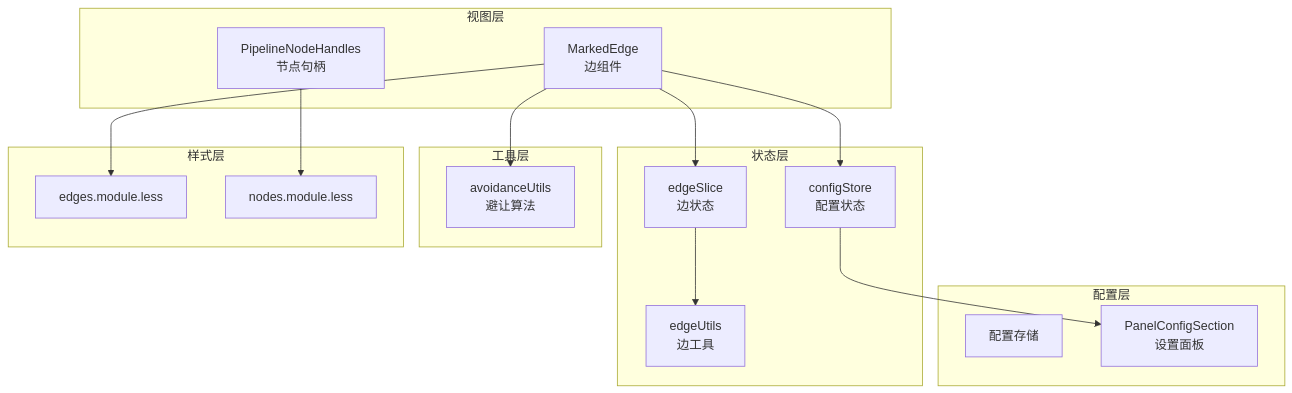
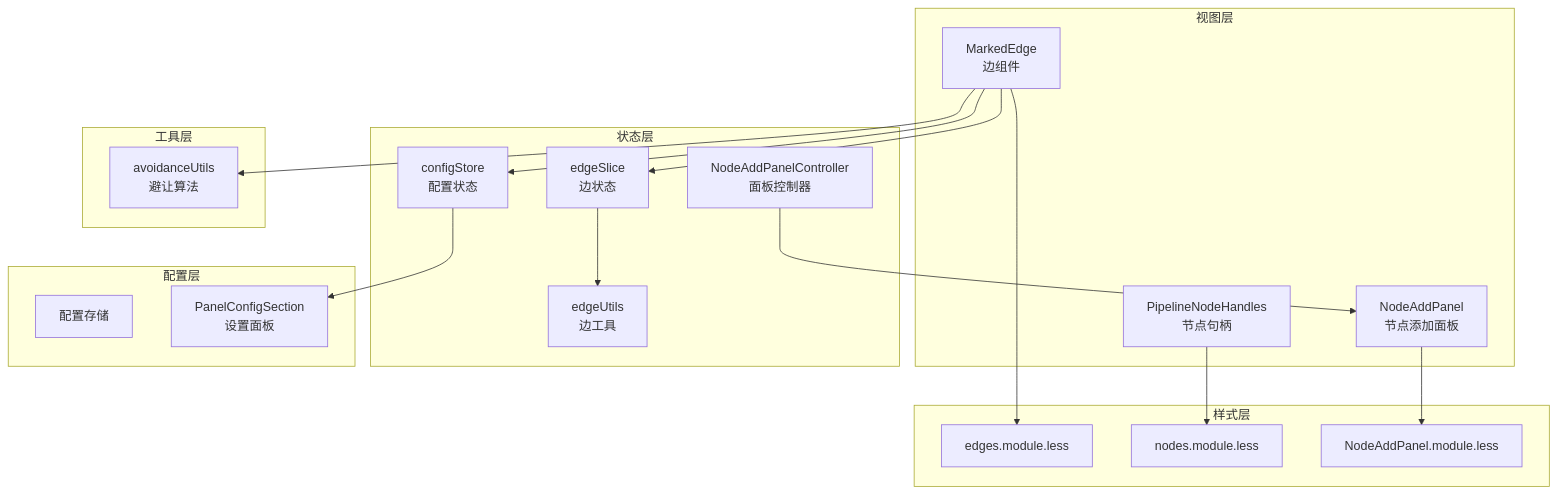
One commit to kqcoxn/MaaPipelineEditor changed the first of 7 diagrams in .qoder/repowiki/zh/content/工作流编辑器/连接系统.md. Above: the diagram before and after it, drawn with Mermaid. The commit also changed other lines of this file and 17 other files, not shown here.

````diff
--- a/.qoder/repowiki/zh/content/工作流编辑器/连接系统.md
+++ b/.qoder/repowiki/zh/content/工作流编辑器/连接系统.md
@@ -61,30 +65,35 @@
 ```mermaid
 graph TB
 subgraph "视图层"
 E["MarkedEdge<br/>边组件"]
 H["PipelineNodeHandles<br/>节点句柄"]
+NAP["NodeAddPanel<br/>节点添加面板"]
 end
 subgraph "状态层"
 ES["edgeSlice<br/>边状态"]
 EU["edgeUtils<br/>边工具"]
 CS["configStore<br/>配置状态"]
+NAPS["NodeAddPanelController<br/>面板控制器"]
 end
 subgraph "工具层"
 AU["avoidanceUtils<br/>避让算法"]
 end
 subgraph "样式层"
 EM["edges.module.less"]
 NM["nodes.module.less"]
+NAM["NodeAddPanel.module.less"]
 end
 subgraph "配置层"
 CFG["配置存储"]
 PC["PanelConfigSection<br/>设置面板"]
 end
 E --> ES
 E --> EM
 E --> CS
 E --> AU
 H --> NM
+NAP --> NAM
+NAPS --> NAP
 ES --> EU
 CS --> PC
 ```
````
